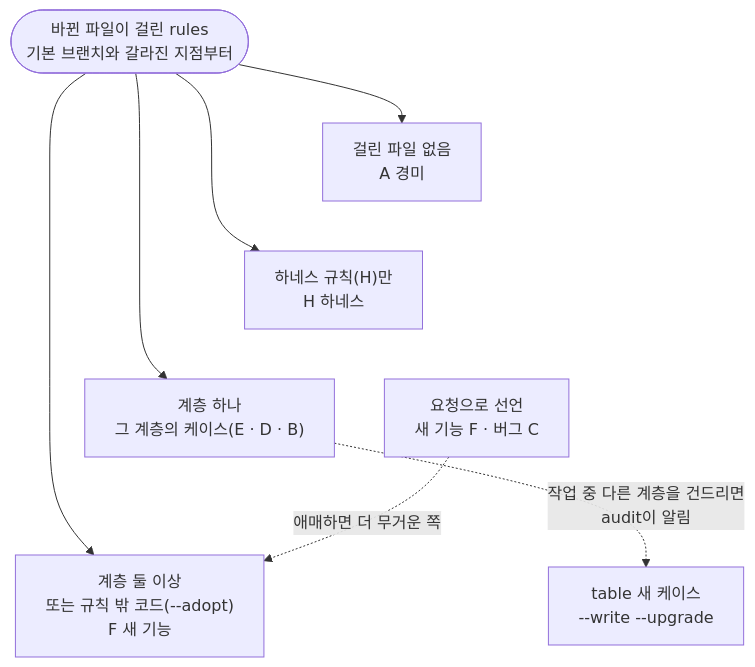
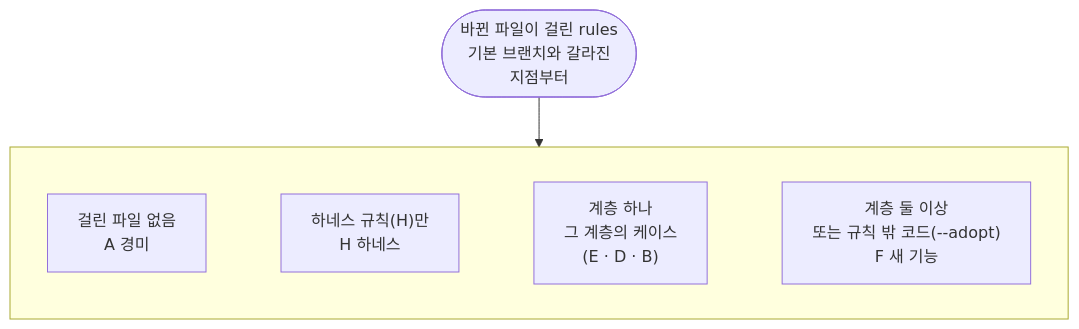
One commit to roadkwon-ai/pro-kit changed the diagram in handbook/concepts/cases.md. Above: the diagram before and after it, drawn with Mermaid. The commit also changed other lines of this file and 26 other files, not shown here.

````diff
--- a/handbook/concepts/cases.md
+++ b/handbook/concepts/cases.md
@@ -42,16 +42,13 @@
 ```mermaid
 ---
 config:
   flowchart:
-    wrappingWidth: 240
+    wrappingWidth: 200
 ---
 flowchart TB
-  R(["바뀐 파일이 걸린 rules<br/>기본 브랜치와 갈라진 지점부터"])
-  R --> A["걸린 파일 없음<br/>A 경미"]
-  R --> H["하네스 규칙(H)만<br/>H 하네스"]
-  R --> L["계층 하나<br/>그 계층의 케이스(E · D · B)"]
-  R --> FF["계층 둘 이상<br/>또는 규칙 밖 코드(--adopt)<br/>F 새 기능"]
-  A ~~~ H ~~~ L ~~~ FF
-  L -.->|"작업 중 다른 계층을 건드리면<br/>audit이 알림"| UP["table 새 케이스<br/>--write --upgrade"]
-  D["요청으로 선언<br/>새 기능 F · 버그 C"] -.->|"애매하면 더 무거운 쪽"| FF
+  R(["바뀐 파일이 걸린 rules<br/>기본 브랜치와 갈라진<br/>지점부터"])
+  R --> B
+  subgraph B[" "]
+    A["걸린 파일 없음<br/>A 경미"] ~~~ H["하네스 규칙(H)만<br/>H 하네스"] ~~~ L["계층 하나<br/>그 계층의 케이스<br/>(E · D · B)"] ~~~ FF["계층 둘 이상<br/>또는 규칙 밖 코드(--adopt)<br/>F 새 기능"]
+  end
 ```
````
